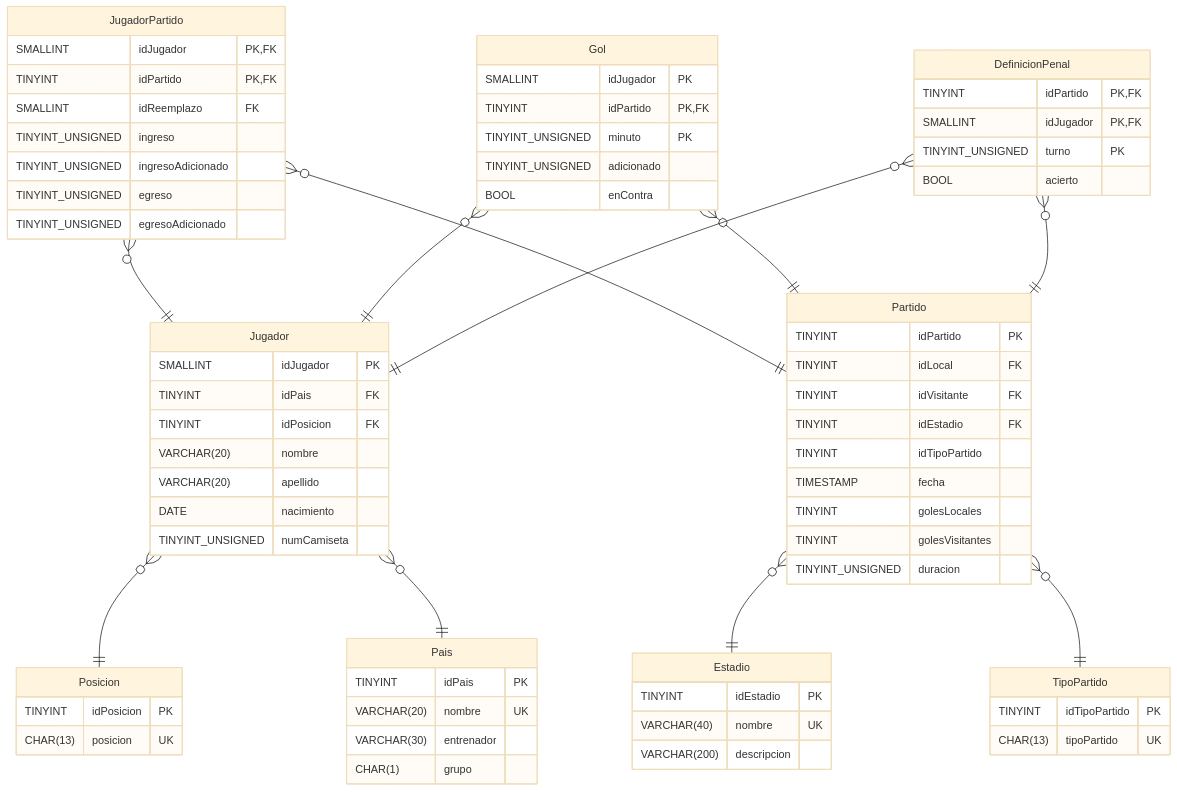
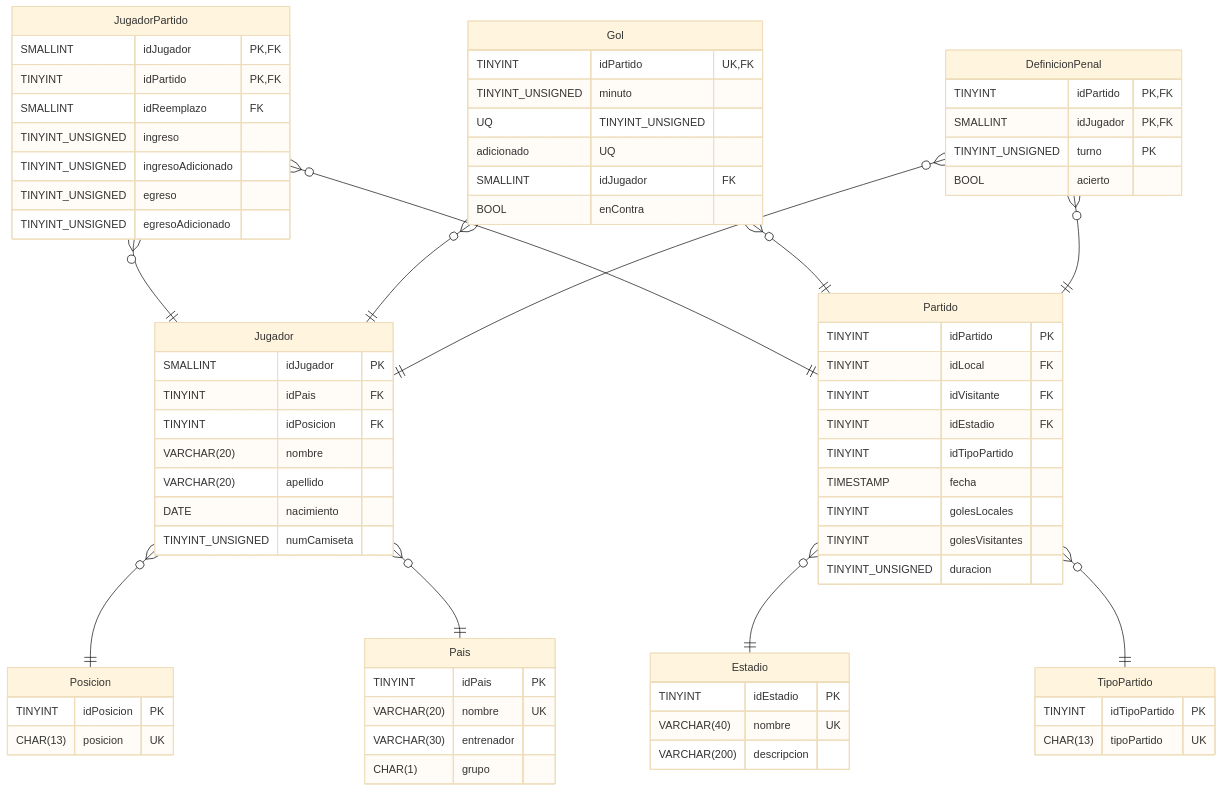
One commit to PasandiLuka/BD-Mundial22 changed the diagram in README.md. Above: the diagram before and after it, drawn with Mermaid (base theme). The commit also changed 1 other file, not shown here.

Commit message:
Agregado índice UNIQUE en Gol.

````diff
--- a/README.md
+++ b/README.md
@@ -11,77 +11,77 @@
 ```mermaid
 erDiagram
     Pais{   
         TINYINT idPais PK
         VARCHAR(20) nombre UK
         VARCHAR(30) entrenador
         CHAR(1) grupo
     }
     Estadio{
         TINYINT idEstadio PK
         VARCHAR(40) nombre UK
         VARCHAR(200) descripcion
     }
     TipoPartido{
         TINYINT idTipoPartido PK
         CHAR(13) tipoPartido UK
     }
     Partido{
         TINYINT idPartido PK
         TINYINT idLocal FK
         TINYINT idVisitante FK
         TINYINT idEstadio FK
         TINYINT idTipoPartido
         TIMESTAMP fecha
         TINYINT golesLocales
         TINYINT golesVisitantes
         TINYINT_UNSIGNED duracion
     }
     Posicion{
         TINYINT idPosicion PK
         CHAR(13) posicion UK
     }
     Jugador{
         SMALLINT idJugador PK
         TINYINT idPais FK
         TINYINT idPosicion FK
         VARCHAR(20) nombre
         VARCHAR(20) apellido
         DATE nacimiento 
         TINYINT_UNSIGNED numCamiseta
     }
     JugadorPartido{
         SMALLINT idJugador PK, FK
         TINYINT idPartido PK, FK
         SMALLINT idReemplazo FK
         TINYINT_UNSIGNED ingreso
         TINYINT_UNSIGNED ingresoAdicionado
         TINYINT_UNSIGNED egreso
         TINYINT_UNSIGNED egresoAdicionado
     }
     Gol{
-        SMALLINT idJugador PK
-        TINYINT idPartido PK, FK
-        TINYINT_UNSIGNED minuto PK
-        TINYINT_UNSIGNED adicionado
+        TINYINT idPartido UK, FK
+        TINYINT_UNSIGNED minuto UQ
+        TINYINT_UNSIGNED adicionado UQ
+        SMALLINT idJugador FK
         BOOL enContra
     }
     DefinicionPenal{
         TINYINT idPartido PK, FK
         SMALLINT idJugador PK, FK
         TINYINT_UNSIGNED turno PK
         BOOL acierto
     }
 
     Jugador }o--|| Posicion :""
     Jugador }o--|| Pais :""
     Partido }o--|| Estadio :""
     Partido }o--|| TipoPartido :""
     JugadorPartido }o--|| Jugador :""
     JugadorPartido }o--|| Partido :""
     Gol }o--|| Jugador :""
     Gol }o--|| Partido :""
     DefinicionPenal }o--|| Jugador :""
     DefinicionPenal }o--|| Partido :""
 
 
 ```
````
